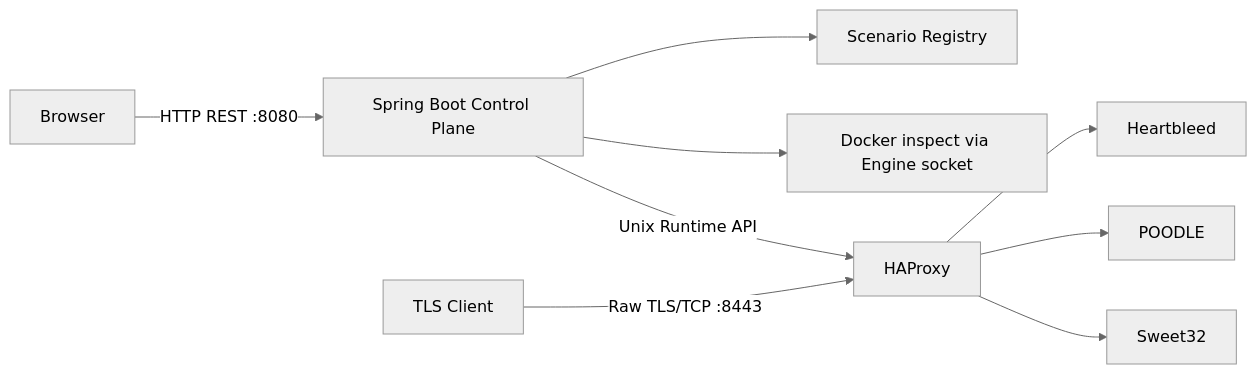
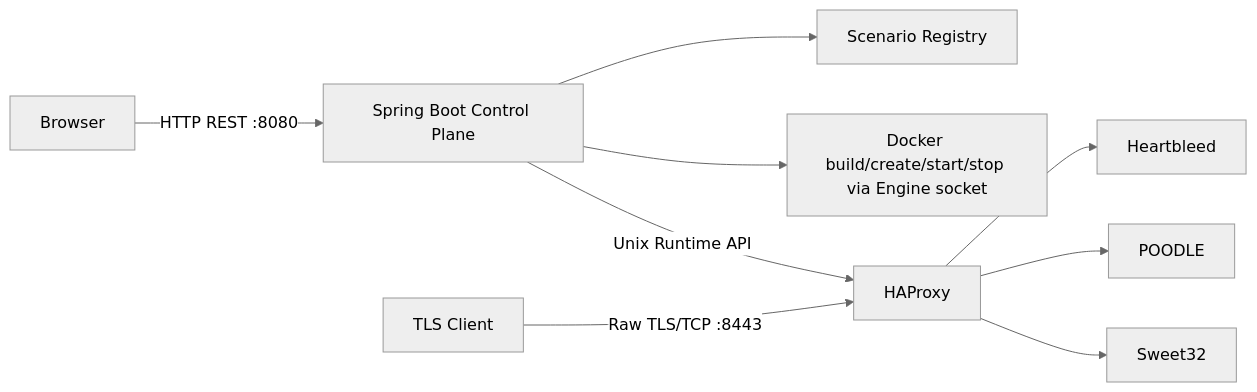
The diagram in docs/architecture.md (rookiezzzww/AutoConfig_crypto_lab), drawn with Mermaid (neutral theme) before and after one commit. The commit also changed other lines of this file and 30 other files, not shown here.

````diff
--- a/docs/architecture.md
+++ b/docs/architecture.md
@@ -3,11 +3,11 @@
 ```mermaid
 flowchart LR
   B[Browser] -->|HTTP REST :8080| C[Spring Boot Control Plane]
   C --> R[Scenario Registry]
-  C --> D[Docker inspect via Engine socket]
+  C --> D[Docker build/create/start/stop via Engine socket]
   C -->|Unix Runtime API| H[HAProxy]
   T[TLS Client] -->|Raw TLS/TCP :8443| H
   H --> HB[Heartbleed]
   H --> PO[POODLE]
   H --> SW[Sweet32]
 ```
````
